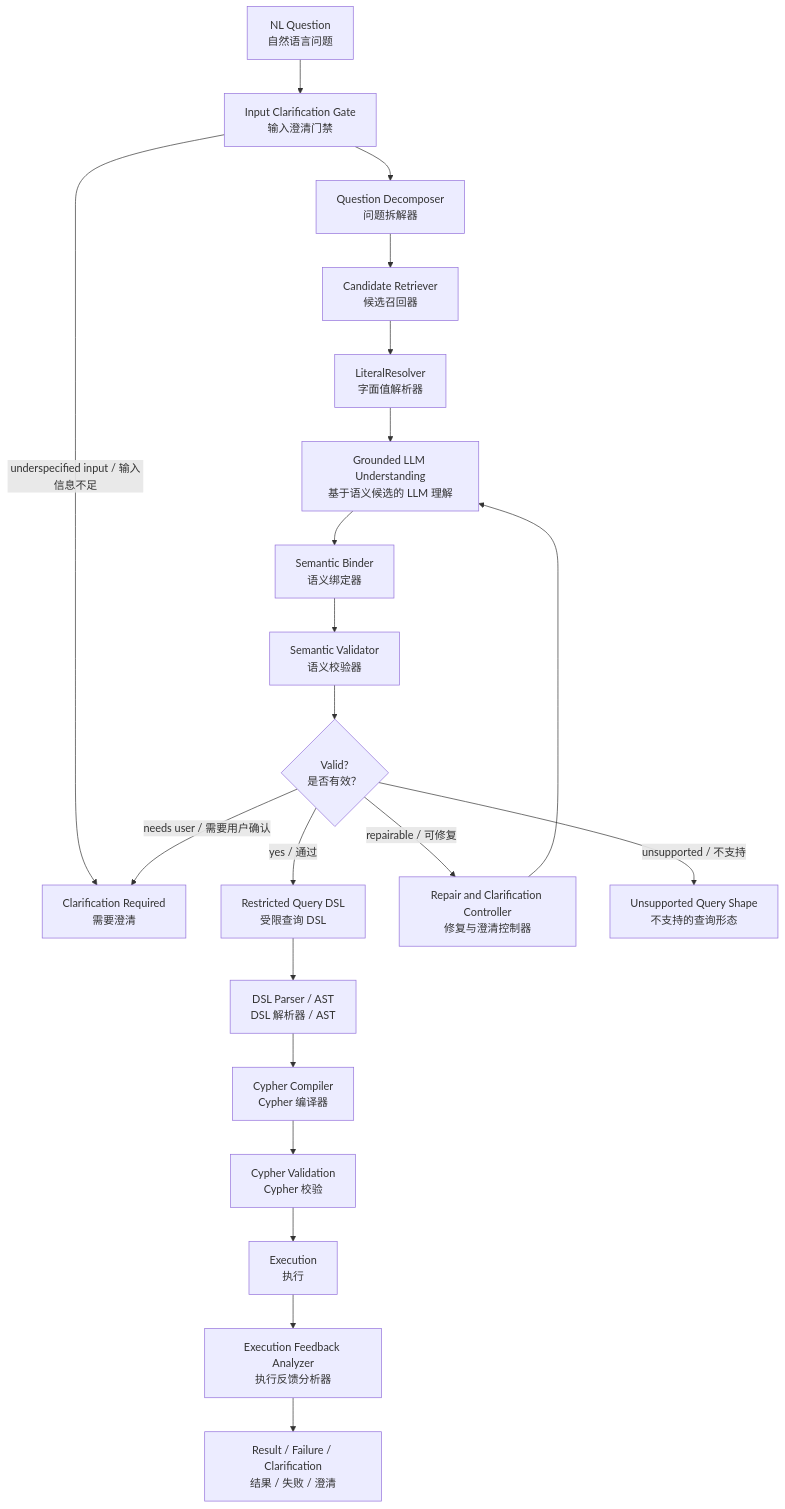
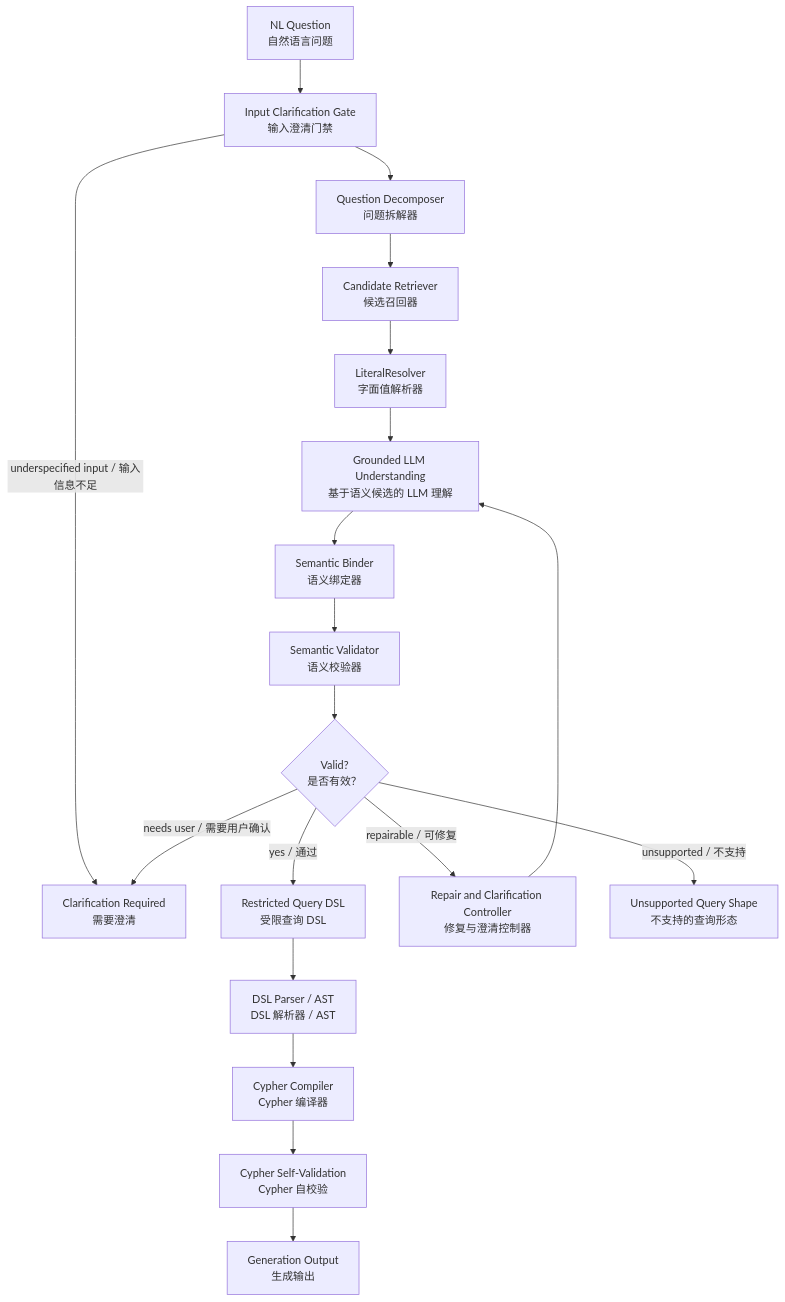
The diagram in docs/superpowers/specs/osi-cypher-generation/2026-05-27-overall-architecture-design.md (mangow0527/NL2Cypher), drawn with Mermaid before and after one commit. The commit also changed other lines of this file and 3 other files, not shown here.

````diff
--- a/docs/superpowers/specs/osi-cypher-generation/2026-05-27-overall-architecture-design.md
+++ b/docs/superpowers/specs/osi-cypher-generation/2026-05-27-overall-architecture-design.md
@@ -47,23 +47,21 @@
 ```mermaid
 flowchart TD
   A["NL Question<br/>自然语言问题"] --> A1["Input Clarification Gate<br/>输入澄清门禁"]
   A1 --> B["Question Decomposer<br/>问题拆解器"]
   A1 -->|"underspecified input / 输入信息不足"| K["Clarification Required<br/>需要澄清"]
   B --> C["Candidate Retriever<br/>候选召回器"]
   C --> D["LiteralResolver<br/>字面值解析器"]
   D --> E["Grounded LLM Understanding<br/>基于语义候选的 LLM 理解"]
   E --> F["Semantic Binder<br/>语义绑定器"]
   F --> G["Semantic Validator<br/>语义校验器"]
   G --> H{"Valid?<br/>是否有效？"}
   H -->|"yes / 通过"| I["Restricted Query DSL<br/>受限查询 DSL"]
   H -->|"repairable / 可修复"| J["Repair and Clarification Controller<br/>修复与澄清控制器"]
   J --> E
   H -->|"needs user / 需要用户确认"| K["Clarification Required<br/>需要澄清"]
   H -->|"unsupported / 不支持"| L["Unsupported Query Shape<br/>不支持的查询形态"]
   I --> M["DSL Parser / AST<br/>DSL 解析器 / AST"]
   M --> N["Cypher Compiler<br/>Cypher 编译器"]
-  N --> O["Cypher Validation<br/>Cypher 校验"]
-  O --> P["Execution<br/>执行"]
-  P --> Q["Execution Feedback Analyzer<br/>执行反馈分析器"]
-  Q --> R["Result / Failure / Clarification<br/>结果 / 失败 / 澄清"]
+  N --> O["Cypher Self-Validation<br/>Cypher 自校验"]
+  O --> R["Generation Output<br/>生成输出"]
 ```
````
